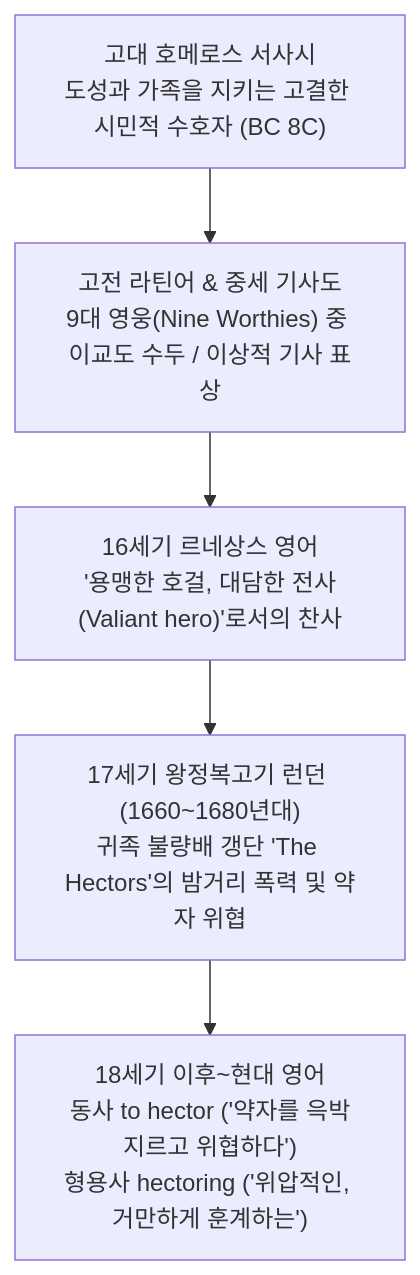
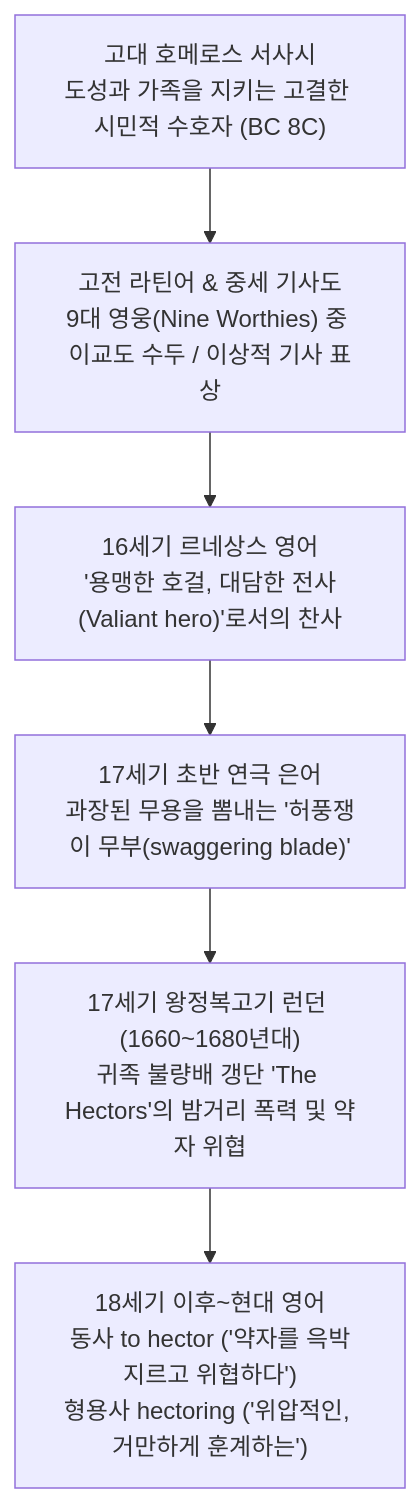
The second of 2 diagrams in words/word-hector.md (YgHnSIM/Homer_wiki), drawn with Mermaid before and after one commit. The commit also changed other lines of this file and 3 other files, not shown here.

````diff
--- a/words/word-hector.md
+++ b/words/word-hector.md
@@ -168,7 +168,8 @@
 ```mermaid
 flowchart TD
     A["고대 호메로스 서사시<br/>도성과 가족을 지키는 고결한 시민적 수호자 (BC 8C)"] --> B["고전 라틴어 & 중세 기사도<br/>9대 영웅(Nine Worthies) 중 이교도 수두 / 이상적 기사 표상"]
     B --> C["16세기 르네상스 영어<br/>'용맹한 호걸, 대담한 전사(Valiant hero)'로서의 찬사"]
-    C --> D["17세기 왕정복고기 런던 (1660~1680년대)<br/>귀족 불량배 갱단 'The Hectors'의 밤거리 폭력 및 약자 위협"]
-    D --> E["18세기 이후~현대 영어<br/>동사 to hector ('약자를 윽박지르고 위협하다')<br/>형용사 hectoring ('위압적인, 거만하게 훈계하는')"]
+    C --> D["17세기 초반 연극 은어<br/>과장된 무용을 뽐내는 '허풍쟁이 무부(swaggering blade)'"]
+    D --> E["17세기 왕정복고기 런던 (1660~1680년대)<br/>귀족 불량배 갱단 'The Hectors'의 밤거리 폭력 및 약자 위협"]
+    E --> F["18세기 이후~현대 영어<br/>동사 to hector ('약자를 윽박지르고 위협하다')<br/>형용사 hectoring ('위압적인, 거만하게 훈계하는')"]
 ```
````
